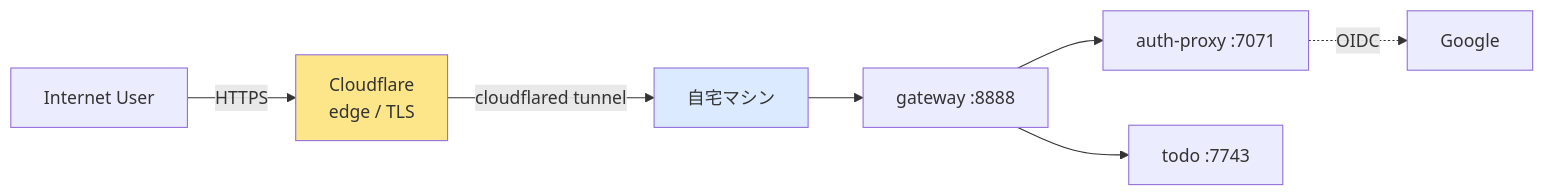
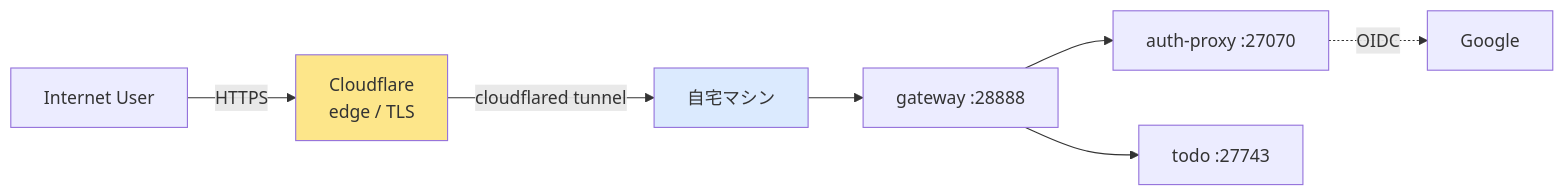
Before and after one commit to opaopa6969/auth-integration: the third of 3 diagrams in README.md, drawn with Mermaid. The commit also changed other lines of this file and 23 other files, not shown here.

````diff
--- a/README.md
+++ b/README.md
@@ -78,11 +78,11 @@
 ```mermaid
 flowchart LR
     U[Internet User] -->|HTTPS| CF[Cloudflare<br/>edge / TLS]
     CF -->|cloudflared tunnel| H[自宅マシン]
-    H --> GW[gateway :8888]
-    GW --> AP[auth-proxy :7071]
-    GW --> APP[todo :7743]
+    H --> GW[gateway :28888]
+    GW --> AP[auth-proxy :27070]
+    GW --> APP[todo :27743]
     AP -.->|OIDC| G[Google]
     style CF fill:#fde68a
     style H fill:#dbeafe
 ```
````
